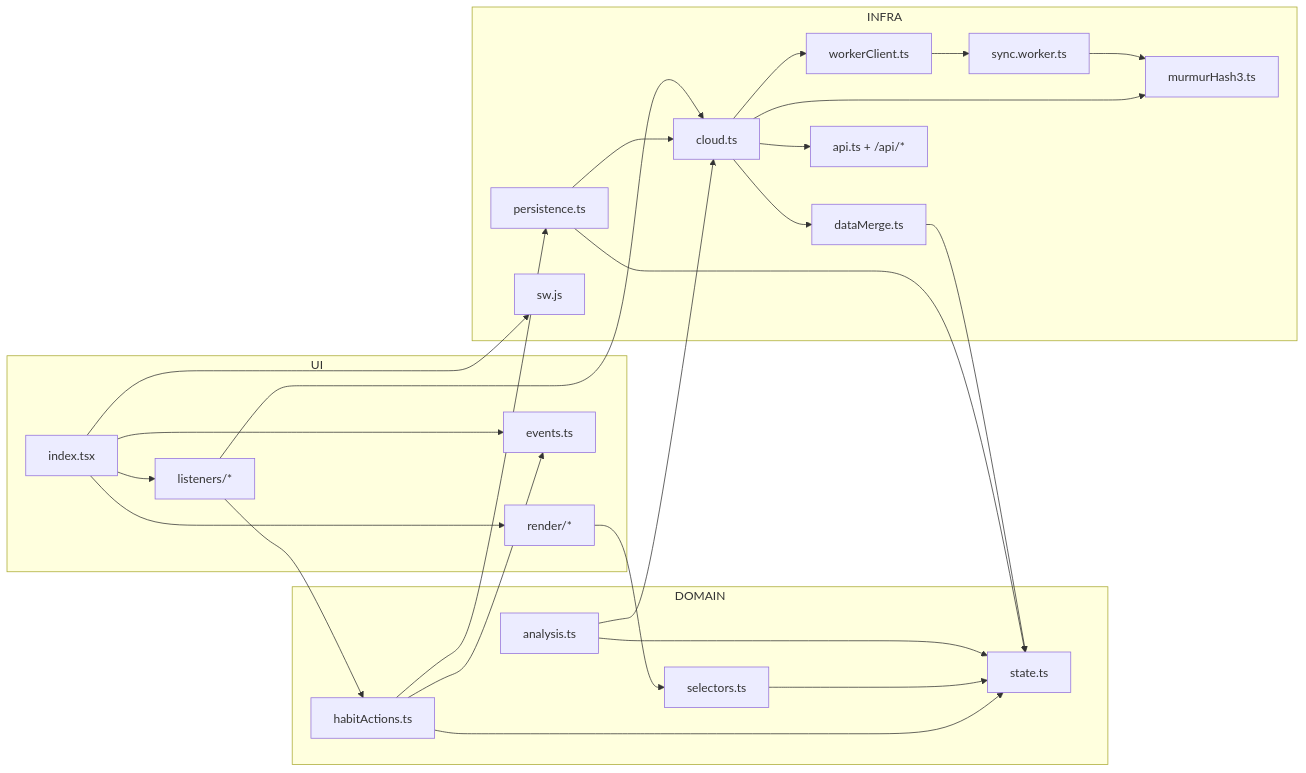
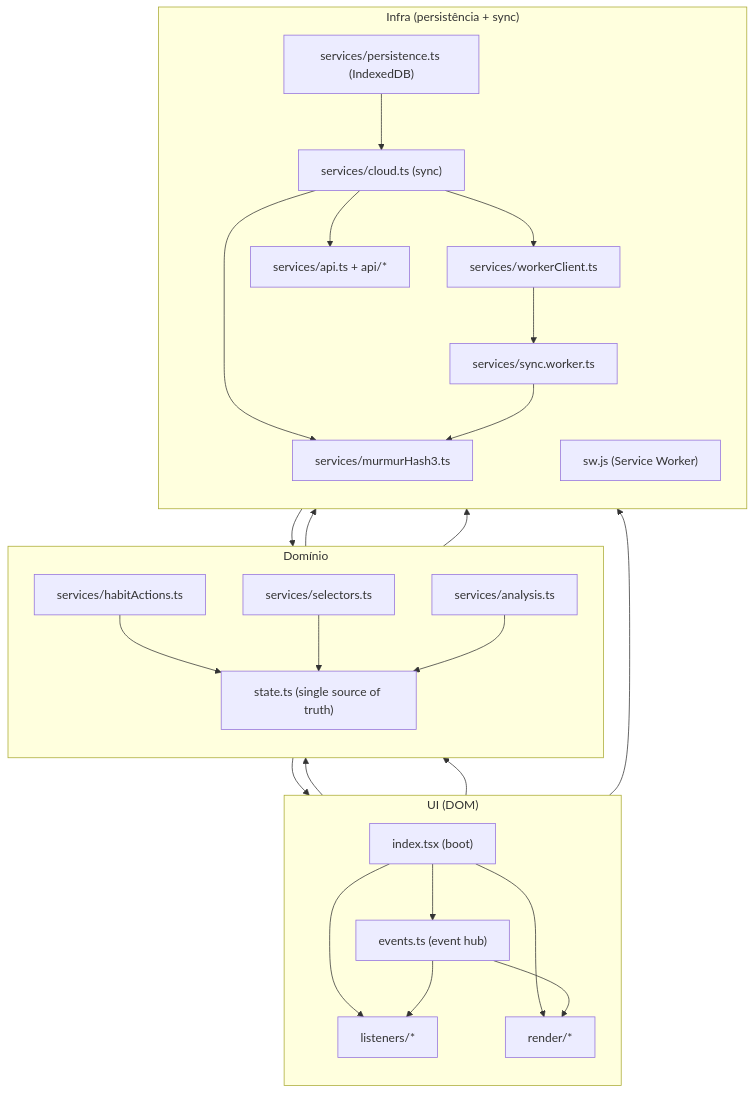
Before and after one commit to farifran/askesis: the fourth of 9 diagrams in README.md, drawn with Mermaid. The commit also changed other lines of this file and 1 other file, not shown here.

Commit message:
Refactor arquitetura: atualizar diagramas para melhorar a clareza e a legibilidade dos componentes e fluxos de dados

````diff
--- a/README.md
+++ b/README.md
@@ -148,55 +148,61 @@
 ```mermaid
-flowchart LR
-  subgraph UI
-    IDX[index.tsx]
-    LISTEN[listeners/*]
-    RENDER[render/*]
-    EVENTS[events.ts]
+flowchart TB
+  %% Layout em camadas (mais fácil de ler): UI -> Domínio -> Infra
+  subgraph UI["UI (DOM)"]
+    direction TB
+    IDX["index.tsx (boot)"]
+    LISTEN["listeners/*"]
+    RENDER["render/*"]
+    EVENTS["events.ts (event hub)"]
   end
 
-  subgraph DOMAIN
-    ACTIONS[habitActions.ts]
-    SELECTORS[selectors.ts]
-    ANALYSIS[analysis.ts]
-    STATE[state.ts]
+  subgraph DOMAIN["Domínio"]
+    direction TB
+    ACTIONS["services/habitActions.ts"]
+    SELECTORS["services/selectors.ts"]
+    ANALYSIS["services/analysis.ts"]
+    STATE["state.ts (single source of truth)"]
   end
 
-  subgraph INFRA
-    PERSIST[persistence.ts]
-    CLOUD[cloud.ts]
-    MERGE[dataMerge.ts]
-    WRPC[workerClient.ts]
-    WORKER[sync.worker.ts]
-    HASH[murmurHash3.ts]
-    API[api.ts + /api/*]
-    SW[sw.js]
+  subgraph INFRA["Infra (persistência + sync)"]
+    direction TB
+    PERSIST["services/persistence.ts (IndexedDB)"]
+    CLOUD["services/cloud.ts (sync)"]
+    WRPC["services/workerClient.ts"]
+    WORKER["services/sync.worker.ts"]
+    HASH["services/murmurHash3.ts"]
+    API["services/api.ts + api/*"]
+    SW["sw.js (Service Worker)"]
   end
 
+  %% Boot / UI
   IDX --> LISTEN
   IDX --> RENDER
   IDX --> EVENTS
+  IDX --> SW
 
+  %% Domínio
   LISTEN --> ACTIONS
   RENDER --> SELECTORS
-  ACTIONS --> EVENTS
 
   ACTIONS --> STATE
   SELECTORS --> STATE
   ANALYSIS --> STATE
 
+  %% Persistência + Sync
   ACTIONS --> PERSIST
   PERSIST --> STATE
   PERSIST --> CLOUD
 
-  LISTEN --> CLOUD
+  %% Eventos globais (UI plumbing)
+  ACTIONS --> EVENTS
+  EVENTS --> RENDER
+  EVENTS --> LISTEN
+
+  %% Worker / Cloud
+  ANALYSIS --> CLOUD
+  CLOUD --> WRPC --> WORKER
+  CLOUD --> API
   CLOUD --> HASH
-  CLOUD --> WRPC
-  WRPC --> WORKER
   WORKER --> HASH
-  CLOUD --> API
-  CLOUD --> MERGE
-  MERGE --> STATE
-  ANALYSIS --> CLOUD
-
-  IDX --> SW
 ```
````
